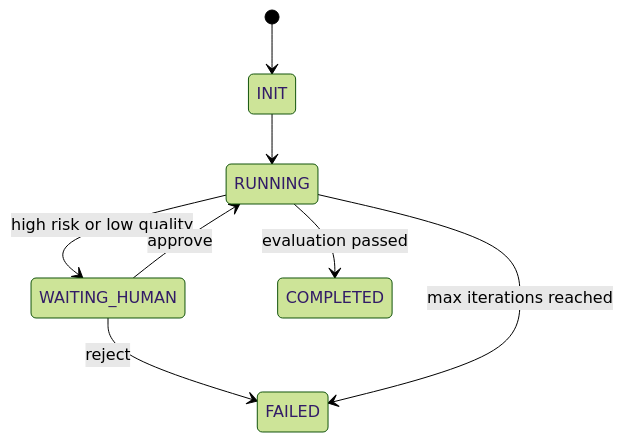
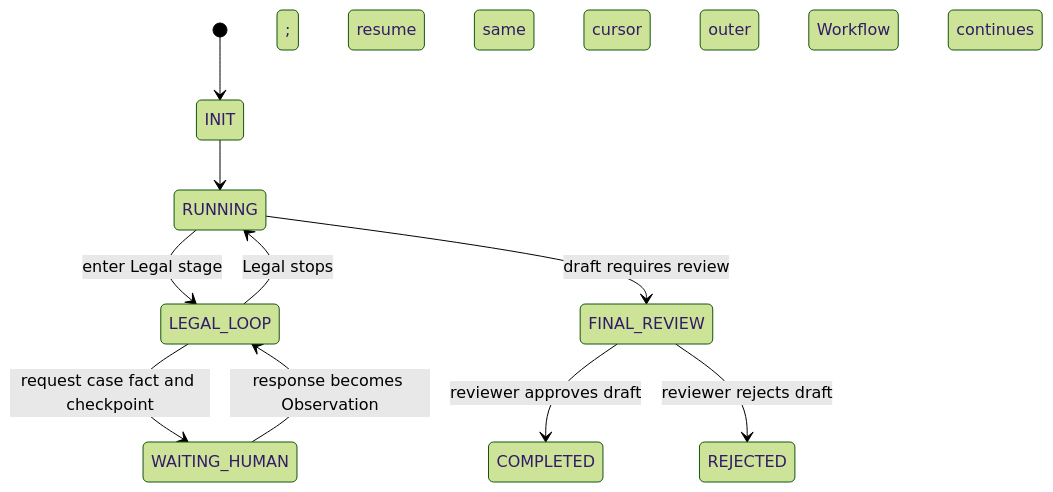
Before and after one commit to Zzzzzzzuj/CrisisAgent: the fifth of 6 diagrams in docs/architecture-diagram.md, drawn with Mermaid (forest theme). The commit also changed other lines of this file and 7 other files, not shown here.

````diff
--- a/docs/architecture-diagram.md
+++ b/docs/architecture-diagram.md
@@ -80,10 +70,12 @@
 ```mermaid
 stateDiagram-v2
     [*] --> INIT
     INIT --> RUNNING
-    RUNNING --> WAITING_HUMAN: high risk or low quality
-    WAITING_HUMAN --> RUNNING: approve
-    WAITING_HUMAN --> FAILED: reject
-    RUNNING --> COMPLETED: evaluation passed
-    RUNNING --> FAILED: max iterations reached
+    RUNNING --> LEGAL_LOOP: enter Legal stage
+    LEGAL_LOOP --> WAITING_HUMAN: request case fact and checkpoint
+    WAITING_HUMAN --> LEGAL_LOOP: response becomes Observation; resume same cursor
+    LEGAL_LOOP --> RUNNING: Legal stops; outer Workflow continues
+    RUNNING --> FINAL_REVIEW: draft requires review
+    FINAL_REVIEW --> COMPLETED: reviewer approves draft
+    FINAL_REVIEW --> REJECTED: reviewer rejects draft
 ```
````
